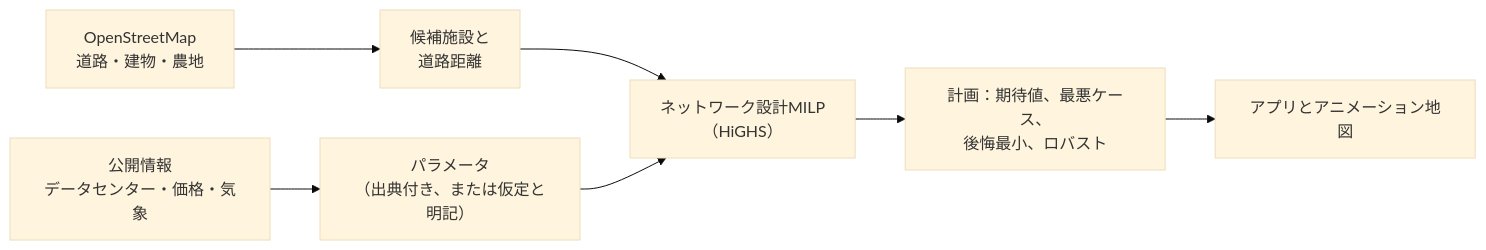
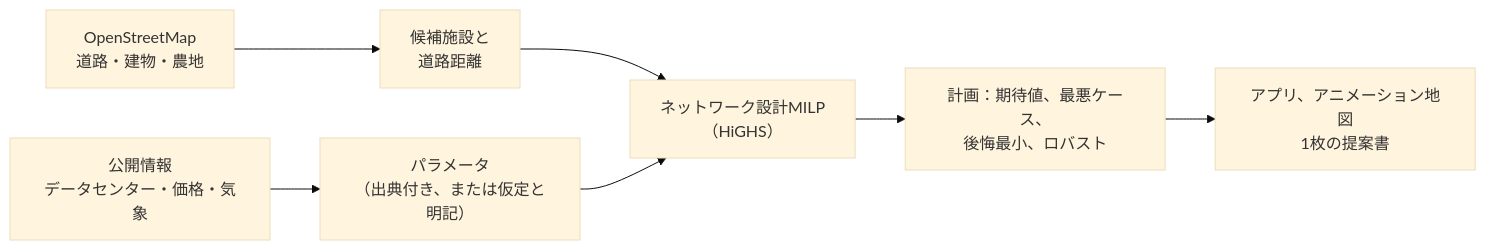
Before and after one commit to ACurnow/team-data-center: the diagram in README.ja.md, drawn with Mermaid (base theme). The commit also changed other lines of this file and 11 other files, not shown here.

````diff
--- a/README.ja.md
+++ b/README.ja.md
@@ -83,9 +97,9 @@
 ```mermaid
 flowchart LR
   OSM["OpenStreetMap<br/>道路・建物・農地"] --> CAND["候補施設と<br/>道路距離"]
   SRC["公開情報<br/>データセンター・価格・気象"] --> PAR["パラメータ<br/>（出典付き、または仮定と明記）"]
   CAND --> MILP["ネットワーク設計MILP<br/>（HiGHS）"]
   PAR --> MILP
   MILP --> PLANS["計画：期待値、最悪ケース、<br/>後悔最小、ロバスト"]
-  PLANS --> APP["アプリとアニメーション地図"]
+  PLANS --> APP["アプリ、アニメーション地図<br/>1枚の提案書"]
 ```
````
